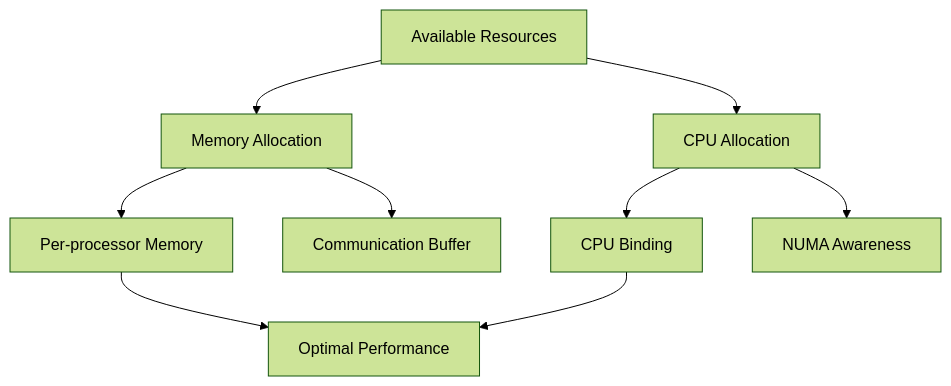
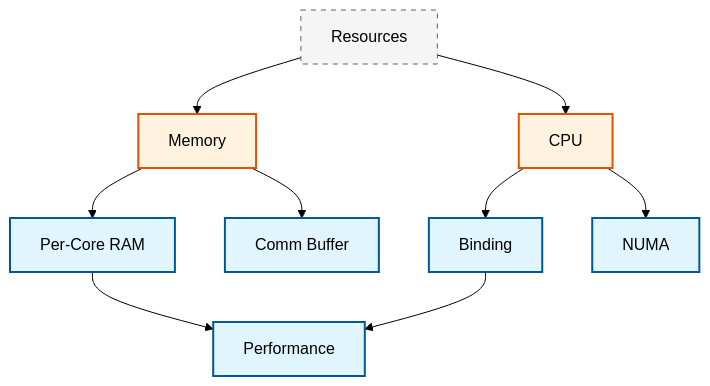
One commit to wramet/build-my-cfd changed the second of 2 diagrams in MODULE_07_UTILITIES_AUTOMATION/CONTENT/06_PARALLEL_COMPUTING/00_Overview.md. Above: the diagram before and after it, drawn with Mermaid (forest theme). The commit also changed other lines of this file and 313 other files, not shown here.

Commit message:
Revise all diagram

````diff
--- a/MODULE_07_UTILITIES_AUTOMATION/CONTENT/06_PARALLEL_COMPUTING/00_Overview.md
+++ b/MODULE_07_UTILITIES_AUTOMATION/CONTENT/06_PARALLEL_COMPUTING/00_Overview.md
@@ -1247,14 +1250,13 @@
 ```mermaid
-graph TD
-    A["Available Resources"] --> B["Memory Allocation"]
-    A --> C["CPU Allocation"]
-
-    B --> B1["Per-processor Memory"]
-    B --> B2["Communication Buffer"]
-
-    C --> C1["CPU Binding"]
-    C --> C2["NUMA Awareness"]
-
-    B1 --> D["Optimal Performance"]
-    C1 --> D
+flowchart TD
+classDef implicit fill:#e1f5fe,stroke:#01579b,stroke-width:2px,color:#000
+classDef explicit fill:#fff3e0,stroke:#e65100,stroke-width:2px,color:#000
+classDef context fill:#f5f5f5,stroke:#616161,stroke-width:1px,color:#000,stroke-dasharray: 5 5
+A[Resources]:::context --> B[Memory]:::explicit
+A --> C[CPU]:::explicit
+B --> B1[Per-Core RAM]:::implicit
+B --> B2[Comm Buffer]:::implicit
+C --> C1[Binding]:::implicit
+C --> C2[NUMA]:::implicit
+B1 & C1 --> D[Performance]:::implicit
 ```
````
